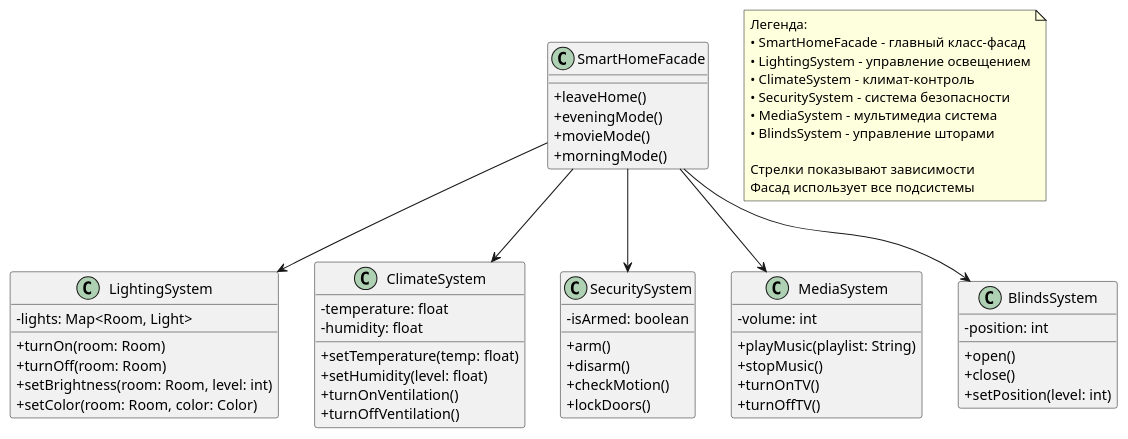
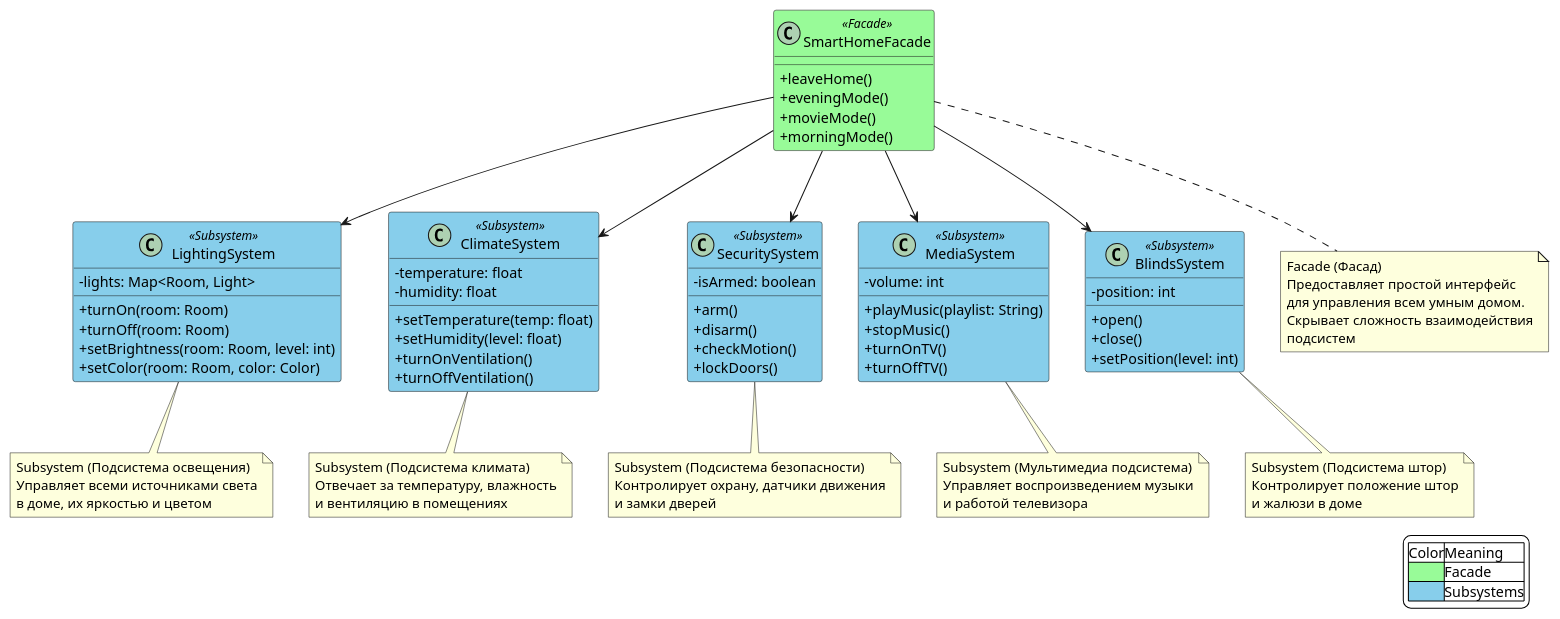
The diagram in lesson_43/facade_sample.puml (VladimirMonin/python422), drawn with PlantUML before and after one commit. The commit also changed 1 other file, not shown here.

Commit message:
lesson_43: правки в диаграммы

```diff
--- a/lesson_43/facade_sample.puml
+++ b/lesson_43/facade_sample.puml
@@ -1,68 +1,113 @@
 @startuml
 skinparam classAttributeIconSize 0
+skinparam backgroundColor white
+
+legend right
+  |Color|Meaning|
+  |<#98FB98>|Facade|
+  |<#87CEEB>|Subsystems|
+endlegend
 
 class SmartHomeFacade {
   +leaveHome()
   +eveningMode()
   +movieMode()
   +morningMode()
 }
 
 class LightingSystem {
   -lights: Map<Room, Light>
   +turnOn(room: Room)
   +turnOff(room: Room)
   +setBrightness(room: Room, level: int)
   +setColor(room: Room, color: Color)
 }
 
 class ClimateSystem {
   -temperature: float
   -humidity: float
   +setTemperature(temp: float)
   +setHumidity(level: float)
   +turnOnVentilation()
   +turnOffVentilation()
 }
 
 class SecuritySystem {
   -isArmed: boolean
   +arm()
   +disarm()
   +checkMotion()
   +lockDoors()
 }
 
 class MediaSystem {
   -volume: int
   +playMusic(playlist: String)
   +stopMusic()
   +turnOnTV()
   +turnOffTV()
 }
 
 class BlindsSystem {
   -position: int
   +open()
   +close()
   +setPosition(level: int)
 }
 
 SmartHomeFacade --> LightingSystem
 SmartHomeFacade --> ClimateSystem
 SmartHomeFacade --> SecuritySystem
 SmartHomeFacade --> MediaSystem
 SmartHomeFacade --> BlindsSystem
 
-note "Легенда:\n\
-• SmartHomeFacade - главный класс-фасад\n\
-• LightingSystem - управление освещением\n\
-• ClimateSystem - климат-контроль\n\
-• SecuritySystem - система безопасности\n\
-• MediaSystem - мультимедиа система\n\
-• BlindsSystem - управление шторами\n\
-\n\
-Стрелки показывают зависимости\n\
-Фасад использует все подсистемы" as Legend
+note bottom of SmartHomeFacade
+  Facade (Фасад)
+  Предоставляет простой интерфейс
+  для управления всем умным домом.
+  Скрывает сложность взаимодействия
+  подсистем
+end note
 
+note bottom of LightingSystem
+  Subsystem (Подсистема освещения)
+  Управляет всеми источниками света
+  в доме, их яркостью и цветом
+end note
+
+note bottom of ClimateSystem
+  Subsystem (Подсистема климата)
+  Отвечает за температуру, влажность
+  и вентиляцию в помещениях
+end note
+
+note bottom of SecuritySystem
+  Subsystem (Подсистема безопасности)
+  Контролирует охрану, датчики движения
+  и замки дверей
+end note
+
+note bottom of MediaSystem
+  Subsystem (Мультимедиа подсистема)
+  Управляет воспроизведением музыки
+  и работой телевизора
+end note
+
+note bottom of BlindsSystem
+  Subsystem (Подсистема штор)
+  Контролирует положение штор
+  и жалюзи в доме
+end note
+
+skinparam class {
+    BackgroundColor<<Facade>> #98FB98
+    BackgroundColor<<Subsystem>> #87CEEB
+}
+
+SmartHomeFacade <<Facade>>
+LightingSystem <<Subsystem>>
+ClimateSystem <<Subsystem>>
+SecuritySystem <<Subsystem>>
+MediaSystem <<Subsystem>>
+BlindsSystem <<Subsystem>>
 @enduml
```
